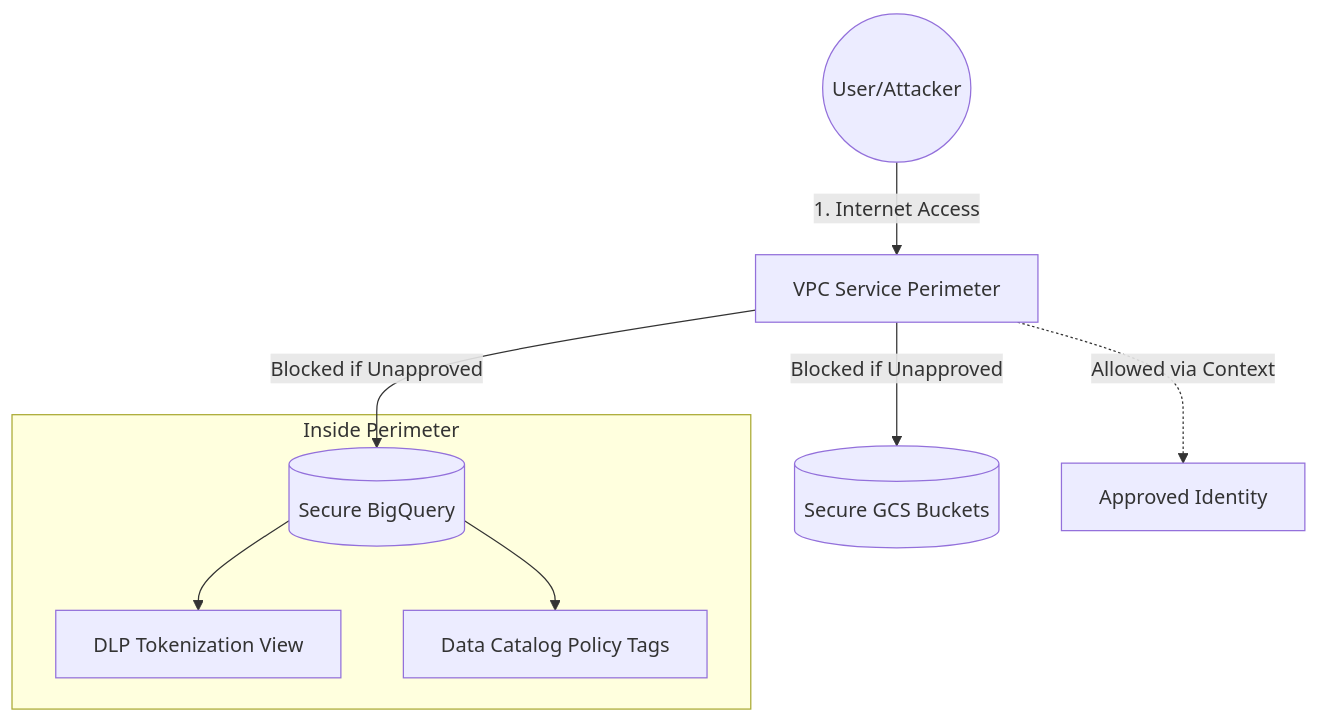
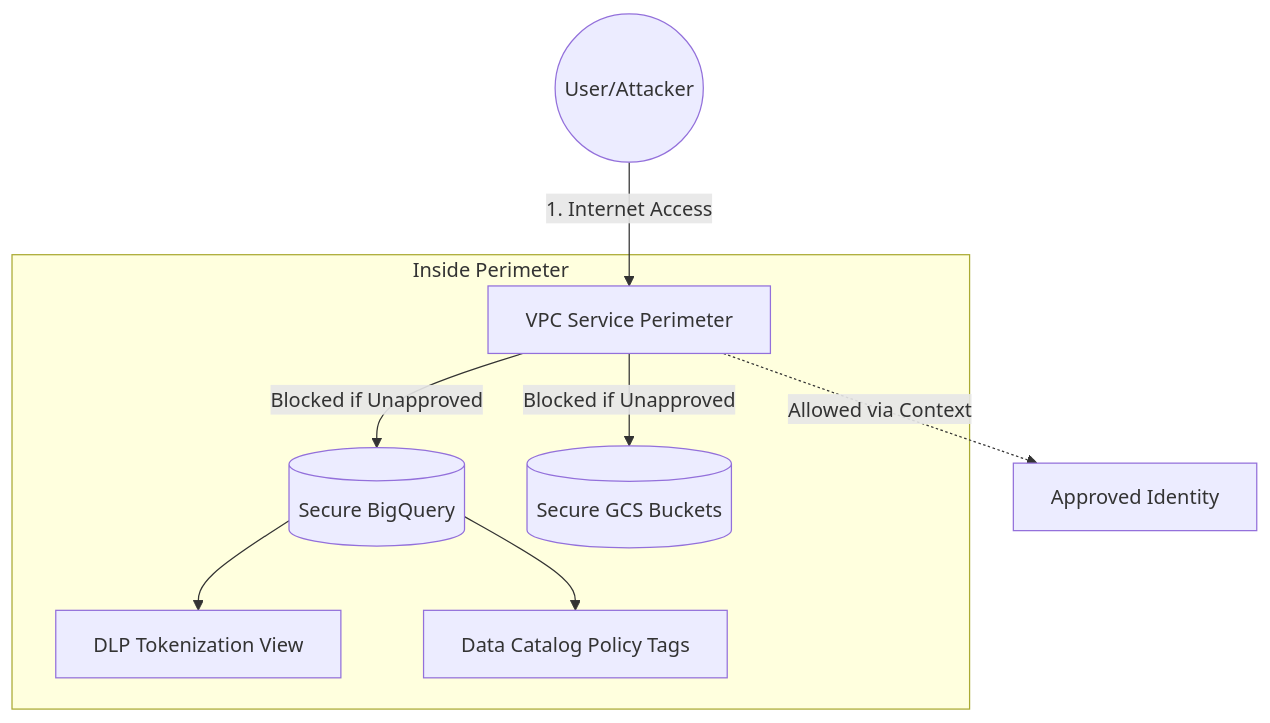
The diagram in README.md (GCP-Architecture-Guides/data-security), drawn with Mermaid before and after one commit.

````diff
--- a/README.md
+++ b/README.md
@@ -19,13 +19,13 @@
 ```mermaid
 flowchart TD
     User((User/Attacker)) -->|1. Internet Access| VPC[VPC Service Perimeter]
-    VPC -->|Blocked if Unapproved| BQ[(Secure BigQuery)]
-    VPC -->|Blocked if Unapproved| GCS[(Secure GCS Buckets)]
+    VPC -->|Blocked if Unapproved| BQ[(Secure BigQuery)]    
     
     subgraph Inside Perimeter
     BQ --> DLP[DLP Tokenization View]
     BQ --> Tags[Data Catalog Policy Tags]
+    VPC -->|Blocked if Unapproved| GCS[(Secure GCS Buckets)]
     end
     
     VPC -.->|Allowed via Context| Admin[Approved Identity]
 ```
````
